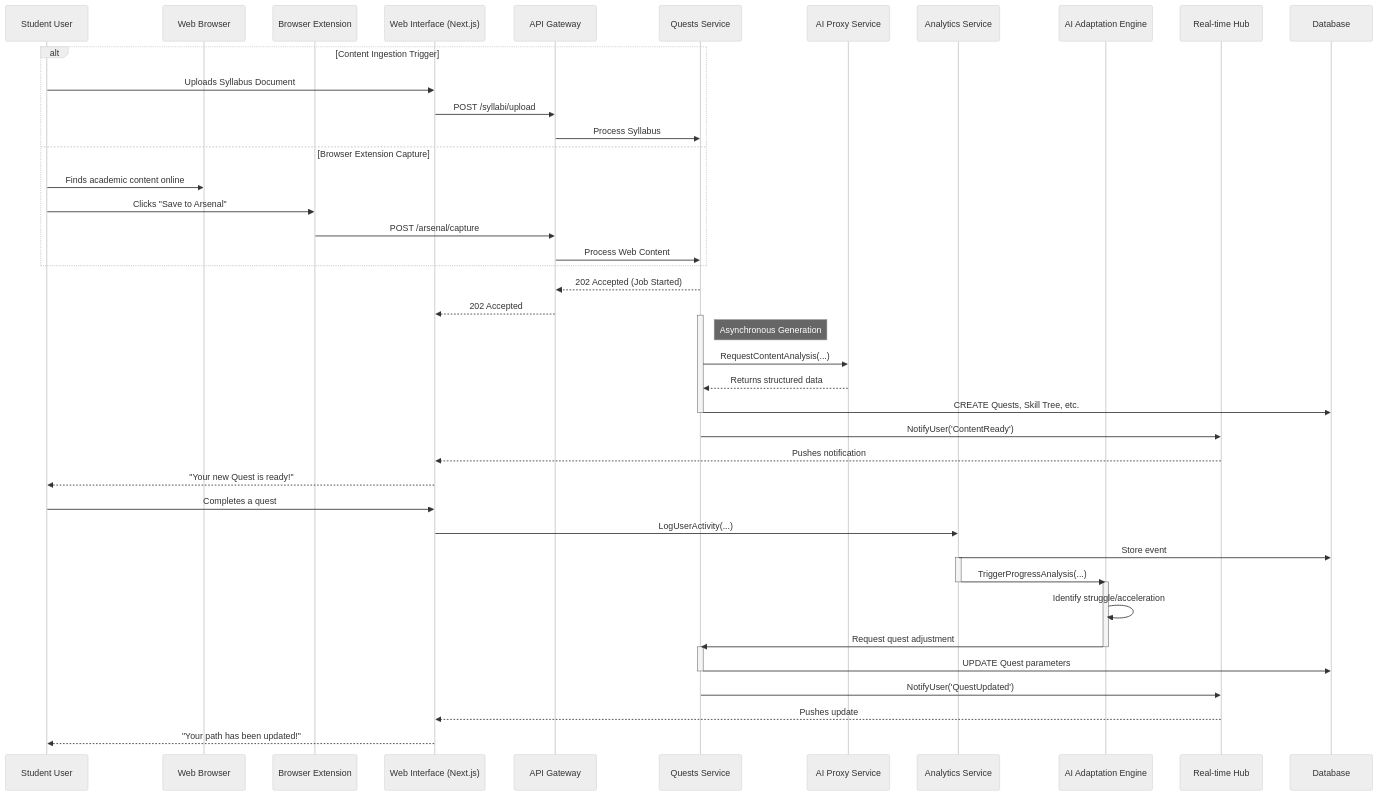
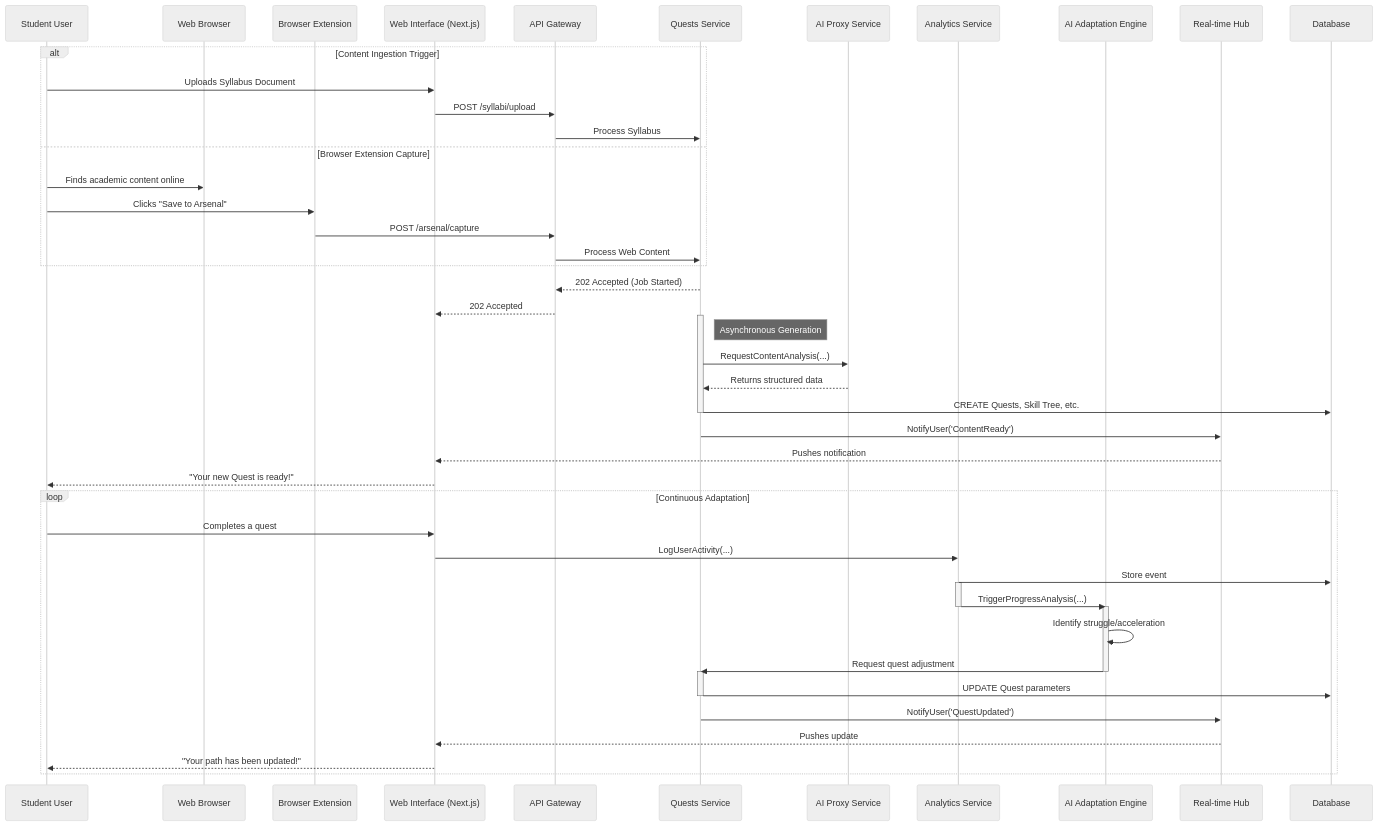
Before and after one commit to FA25SE050-RogueLearn/RogueLearn.BMAD.Documentation: the diagram in mermaid-diagrams/sequence/02-ai-quest-generation.md, drawn with Mermaid (neutral theme). The commit also changed 5 other files, not shown here.

Commit message:
update sequence diagrams

````diff
--- a/mermaid-diagrams/sequence/02-ai-quest-generation.md
+++ b/mermaid-diagrams/sequence/02-ai-quest-generation.md
@@ -3,62 +3,64 @@
 ```mermaid
 sequenceDiagram
     participant U as Student User
     participant Browser as Web Browser
     participant Extension as Browser Extension
     participant UI as Web Interface (Next.js)
     participant APIGateway as API Gateway
     participant QuestsService as Quests Service
     participant AIProxyService as AI Proxy Service
     participant AnalyticsService as Analytics Service
     participant AI_Engine as AI Adaptation Engine
     participant RealtimeHub as Real-time Hub
     participant Database as Database
 
     alt Content Ingestion Trigger
         U->>UI: Uploads Syllabus Document
         UI->>APIGateway: POST /syllabi/upload
         APIGateway->>QuestsService: Process Syllabus
     else Browser Extension Capture
         U->>Browser: Finds academic content online
         U->>Extension: Clicks "Save to Arsenal"
         Extension->>APIGateway: POST /arsenal/capture
         APIGateway->>QuestsService: Process Web Content
     end
     
     QuestsService-->>APIGateway: 202 Accepted (Job Started)
     APIGateway-->>UI: 202 Accepted
     
     activate QuestsService
     Note right of QuestsService: Asynchronous Generation
     QuestsService->>AIProxyService: RequestContentAnalysis(...)
     AIProxyService-->>QuestsService: Returns structured data
     QuestsService->>Database: CREATE Quests, Skill Tree, etc.
     deactivate QuestsService
     
     QuestsService->>RealtimeHub: NotifyUser('ContentReady')
     RealtimeHub-->>UI: Pushes notification
     UI-->>U: "Your new Quest is ready!"
 
     %% --- Continuous Adaptation Loop Begins After User Interaction ---
 
-    U->>UI: Completes a quest
-    UI->>AnalyticsService: LogUserActivity(...)
-    AnalyticsService->>Database: Store event
+    loop Continuous Adaptation
+        U->>UI: Completes a quest
+        UI->>AnalyticsService: LogUserActivity(...)
+        AnalyticsService->>Database: Store event
 
-    activate AnalyticsService
-    AnalyticsService->>AI_Engine: TriggerProgressAnalysis(...)
-    deactivate AnalyticsService
-    
-    activate AI_Engine
-    AI_Engine->>AI_Engine: Identify struggle/acceleration
-    AI_Engine->>QuestsService: Request quest adjustment
-    deactivate AI_Engine
+        activate AnalyticsService
+        AnalyticsService->>AI_Engine: TriggerProgressAnalysis(...)
+        deactivate AnalyticsService
+        
+        activate AI_Engine
+        AI_Engine->>AI_Engine: Identify struggle/acceleration
+        AI_Engine->>QuestsService: Request quest adjustment
+        deactivate AI_Engine
 
-    activate QuestsService
-    QuestsService->>Database: UPDATE Quest parameters
-    deactivate QuestsService
-    
-    QuestsService->>RealtimeHub: NotifyUser('QuestUpdated')
-    RealtimeHub-->>UI: Pushes update
-    UI-->>U: "Your path has been updated!"
+        activate QuestsService
+        QuestsService->>Database: UPDATE Quest parameters
+        deactivate QuestsService
+        
+        QuestsService->>RealtimeHub: NotifyUser('QuestUpdated')
+        RealtimeHub-->>UI: Pushes update
+        UI-->>U: "Your path has been updated!"
+    end
 ```
````
